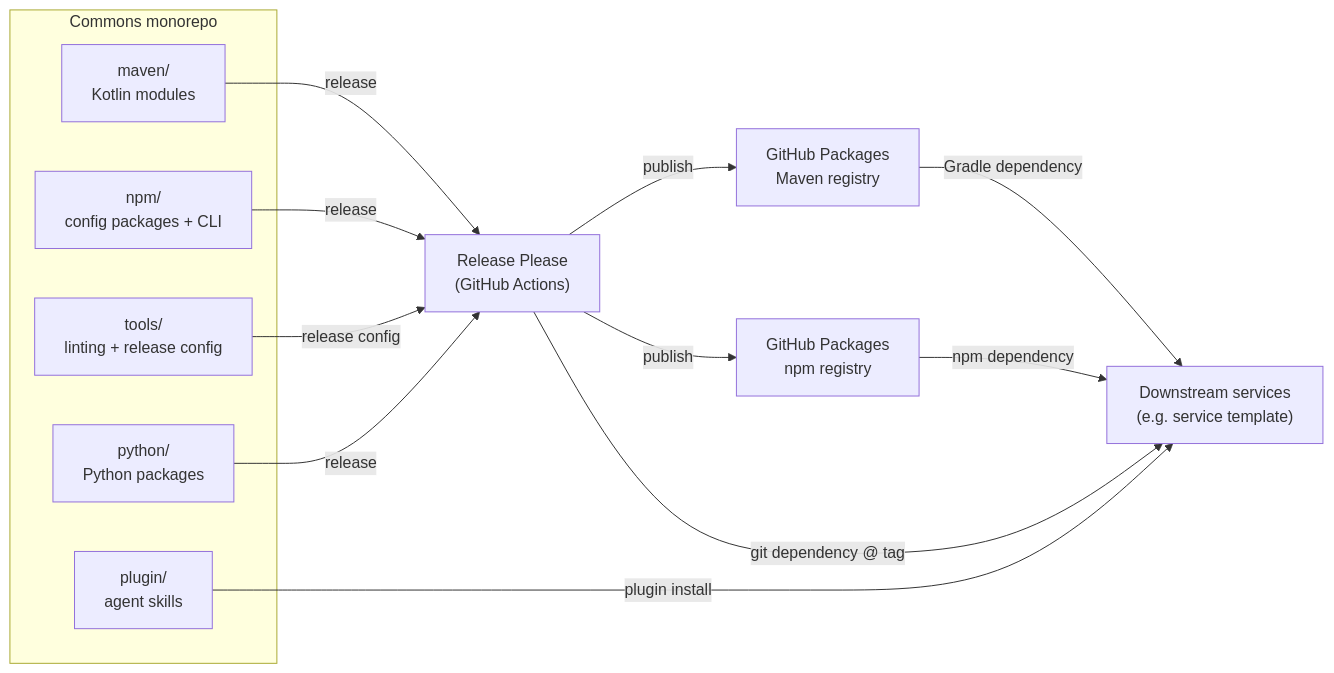
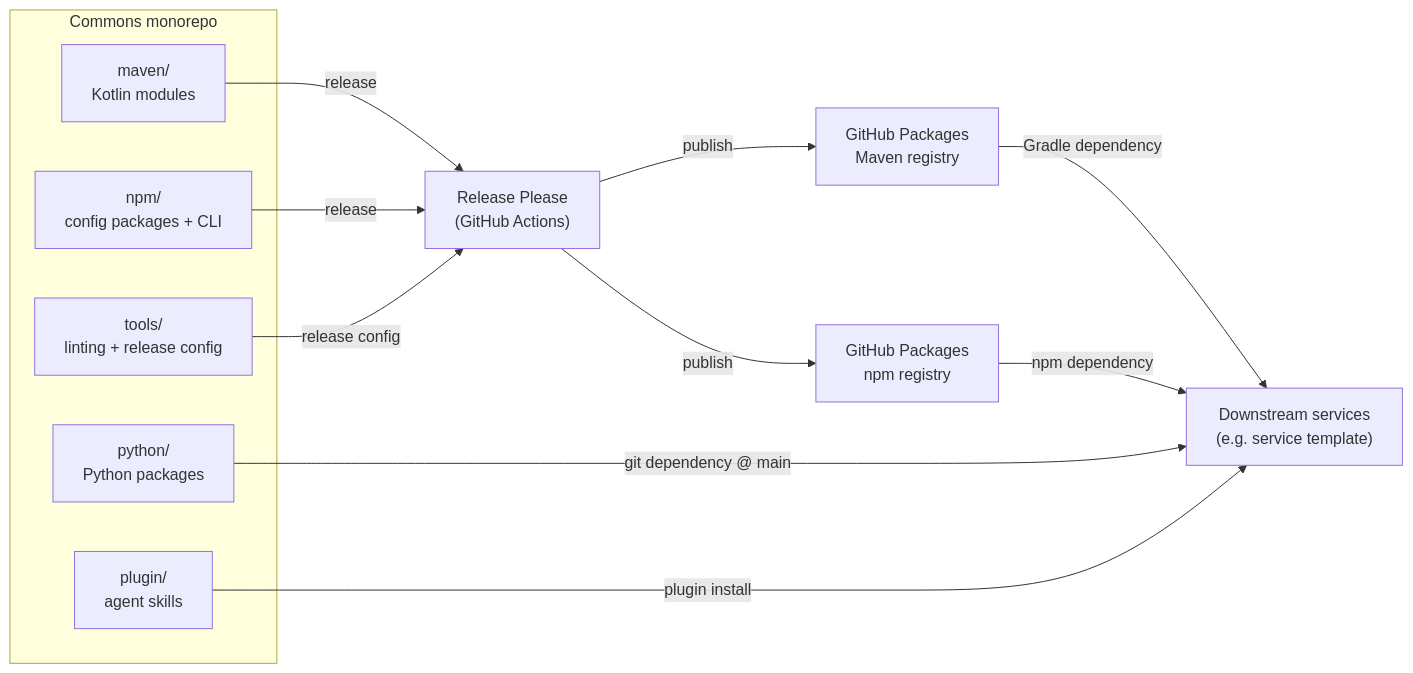
Before and after one commit to aimarchirico/commons: the first of 2 diagrams in docs/ARCHITECTURE.md, drawn with Mermaid. The commit also changed other lines of this file and 3 other files, not shown here.

First line of the commit message:
chore(python): drop commons-python from release-please

````diff
--- a/docs/ARCHITECTURE.md
+++ b/docs/ARCHITECTURE.md
@@ -12,28 +12,27 @@
 ```mermaid
 graph LR
     subgraph Commons["Commons monorepo"]
         maven_src["maven/<br/>Kotlin modules"]
         npm_src["npm/<br/>config packages + CLI"]
         tools_src["tools/<br/>linting + release config"]
         plugin["plugin/<br/>agent skills"]
         python_src["python/<br/>Python packages"]
     end
 
     rp["Release Please<br/>(GitHub Actions)"]
     maven_reg["GitHub Packages<br/>Maven registry"]
     npm_reg["GitHub Packages<br/>npm registry"]
 
     consumers["Downstream services<br/>(e.g. service template)"]
 
     maven_src -->|release| rp
     npm_src -->|release| rp
     tools_src -->|release config| rp
-    python_src -->|release| rp
     rp -->|publish| maven_reg
     rp -->|publish| npm_reg
 
     maven_reg -->|Gradle dependency| consumers
     npm_reg -->|npm dependency| consumers
-    rp -->|git dependency @ tag| consumers
+    python_src -->|git dependency @ main| consumers
     plugin -->|plugin install| consumers
 ```
````
